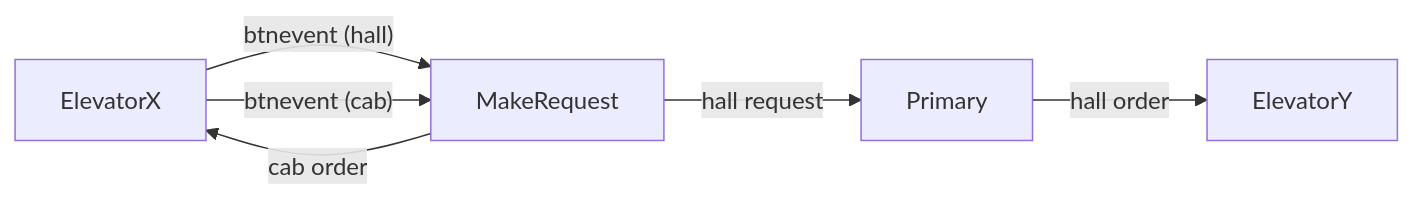
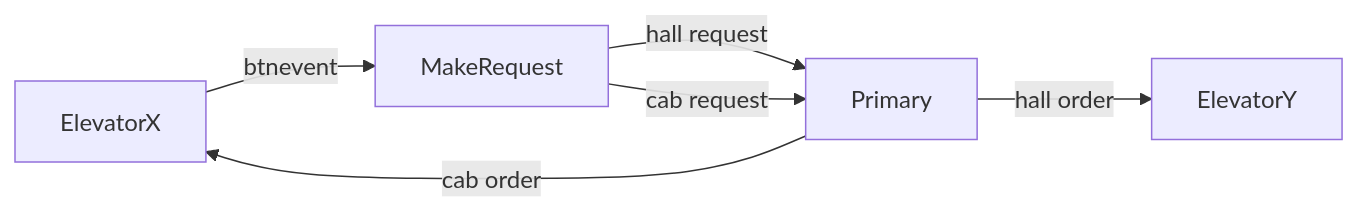
One commit to SondreHauk/TTK4145-Sanntid changed the first of 2 diagrams in README.md. Above: the diagram before and after it, drawn with Mermaid. The commit also changed other lines of this file, not shown here.

````diff
--- a/README.md
+++ b/README.md
@@ -28,8 +28,8 @@
 ```mermaid
 graph LR;
-    ElevatorX -- btnevent (hall) --> MakeRequest;
+    ElevatorX -- btnevent --> MakeRequest;
     MakeRequest -- hall request --> Primary;
     Primary -- hall order --> ElevatorY;
-    ElevatorX -- btnevent (cab) --> MakeRequest;
-    MakeRequest -- cab order --> ElevatorX;
+    MakeRequest -- cab request --> Primary;
+    Primary -- cab order --> ElevatorX;
 ```
````
